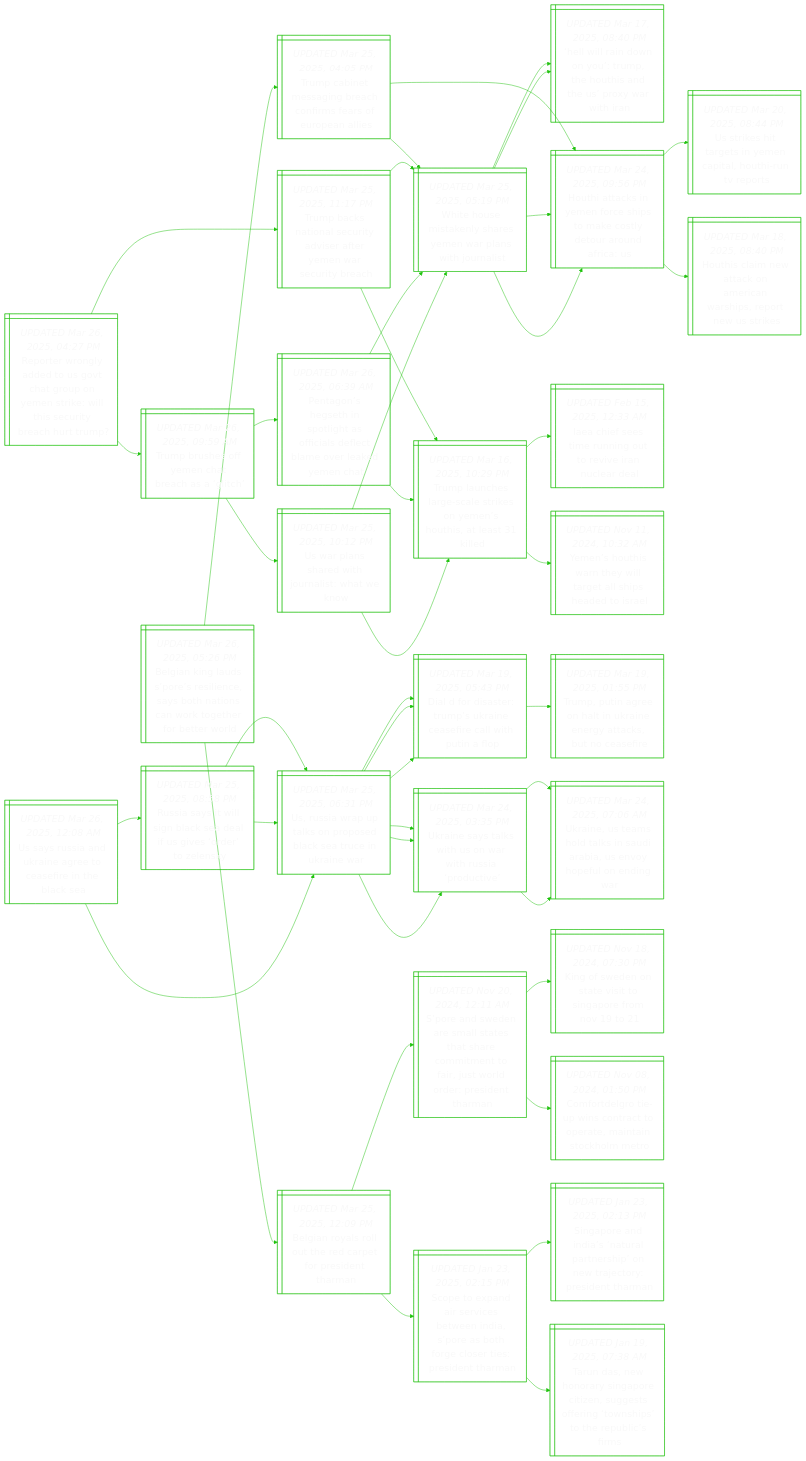
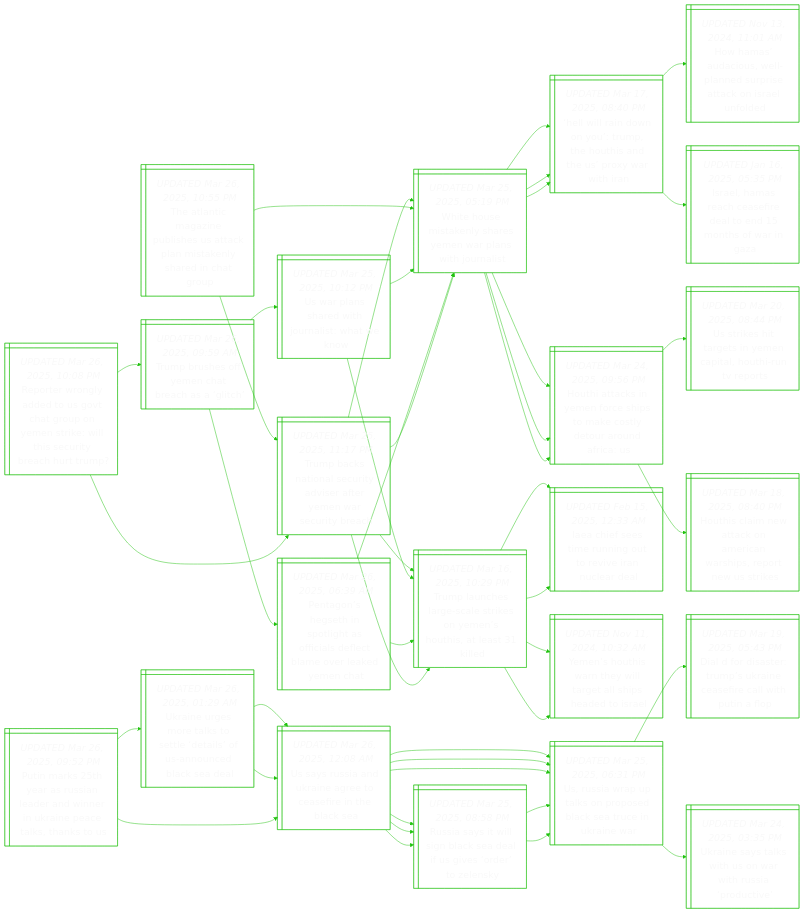
The diagram in README.md (notJmes/notJmes), drawn with Mermaid before and after one commit. The commit also changed other lines of this file, not shown here.

````diff
--- a/README.md
+++ b/README.md
@@ -16,7 +16,53 @@
 flowchart LR
 classDef txtsize font-size:20px;
 
-RtoatoauetWhcyctp@{ shape: win-pane, label: "_UPDATED Mar 26, 2025, 04:27 PM_
+Tlczuhakmksdau@{ shape: win-pane, label: "_UPDATED Mar 26, 2025, 10:55 PM_
+The atlantic magazine publishes us attack plan mistakenly shared in chat group" }
+Tbnncystmrrr@{ shape: win-pane, label: "_UPDATED Mar 25, 2025, 11:17 PM_
+Trump backs national security adviser after yemen war security breach" }
+WHmkssnliui@{ shape: win-pane, label: "_UPDATED Mar 25, 2025, 05:19 PM_
+White house mistakenly shares yemen war plans with journalist" }
+Hiinuposhrah@{ shape: win-pane, label: "_UPDATED Mar 17, 2025, 08:40 PM_
+‘hell will rain down on you’: trump, the houthis and the us’ proxy war with iran" }
+HicYfsteloofU@{ shape: win-pane, label: "_UPDATED Mar 24, 2025, 09:56 PM_
+Houthi attacks in yemen force ships to make costly detour around africa: us" }
+Tlhraroeuasl@{ shape: win-pane, label: "_UPDATED Mar 16, 2025, 10:29 PM_
+Trump launches large-scale strikes on yemen’s houthis, at least 31 killed" }
+IhemnueIur@{ shape: win-pane, label: "_UPDATED Feb 15, 2025, 12:33 AM_
+Iaea chief sees time running out to revive iran nuclear deal" }
+Yshryttheta@{ shape: win-pane, label: "_UPDATED Nov 11, 2024, 10:32 AM_
+Yemen’s houthis warn they will target all ships headed to israel" }
+WHmkssnliui@{ shape: win-pane, label: "_UPDATED Mar 25, 2025, 05:19 PM_
+White house mistakenly shares yemen war plans with journalist" }
+Hiinuposhrah@{ shape: win-pane, label: "_UPDATED Mar 17, 2025, 08:40 PM_
+‘hell will rain down on you’: trump, the houthis and the us’ proxy war with iran" }
+Hmdulnrecsud@{ shape: win-pane, label: "_UPDATED Nov 13, 2024, 11:01 AM_
+How hamas’ audacious, well-planned surprise attack on israel unfolded" }
+Ilshedoooia@{ shape: win-pane, label: "_UPDATED Jan 16, 2025, 05:35 PM_
+Israel, hamas reach ceasefire deal to end 15 months of war in gaza" }
+HicYfsteloofU@{ shape: win-pane, label: "_UPDATED Mar 24, 2025, 09:56 PM_
+Houthi attacks in yemen force ships to make costly detour around africa: us" }
+Uiignntuues@{ shape: win-pane, label: "_UPDATED Mar 20, 2025, 08:44 PM_
+Us strikes hit targets in yemen capital, houthi-run tv reports" }
+Hiiakenhense@{ shape: win-pane, label: "_UPDATED Mar 18, 2025, 08:40 PM_
+Houthis claim new attack on american warships, report new us strikes" }
+
+Tlczuhakmksdau:::txtsize --> Tbnncystmrrr:::txtsize
+Tbnncystmrrr:::txtsize --> WHmkssnliui:::txtsize
+WHmkssnliui:::txtsize --> Hiinuposhrah:::txtsize
+WHmkssnliui:::txtsize --> HicYfsteloofU:::txtsize
+Tbnncystmrrr:::txtsize --> Tlhraroeuasl:::txtsize
+Tlhraroeuasl:::txtsize --> IhemnueIur:::txtsize
+Tlhraroeuasl:::txtsize --> Yshryttheta:::txtsize
+Tlczuhakmksdau:::txtsize --> WHmkssnliui:::txtsize
+WHmkssnliui:::txtsize --> Hiinuposhrah:::txtsize
+Hiinuposhrah:::txtsize --> Hmdulnrecsud:::txtsize
+Hiinuposhrah:::txtsize --> Ilshedoooia:::txtsize
+WHmkssnliui:::txtsize --> HicYfsteloofU:::txtsize
+HicYfsteloofU:::txtsize --> Uiignntuues:::txtsize
+HicYfsteloofU:::txtsize --> Hiiakenhense:::txtsize
+
+RtoatoauetWhcyctp@{ shape: win-pane, label: "_UPDATED Mar 26, 2025, 10:08 PM_
 Reporter wrongly added to us govt chat group on yemen strike: will this security breach hurt trump?" }
 TbeYcrai@{ shape: win-pane, label: "_UPDATED Mar 26, 2025, 09:59 AM_
 Trump brushes off yemen chat breach as a ‘glitch’" }
@@ -62,93 +108,50 @@
 Tlhraroeuasl:::txtsize --> IhemnueIur:::txtsize
 Tlhraroeuasl:::txtsize --> Yshryttheta:::txtsize
 
+Pmtrslriiaeaht@{ shape: win-pane, label: "_UPDATED Mar 26, 2025, 09:52 PM_
+Putin marks 25th year as russian leader and winner in ukraine peace talks, thanks to us" }
+Uneestesanlel@{ shape: win-pane, label: "_UPDATED Mar 26, 2025, 01:29 AM_
+Ukraine urges more talks to settle ‘details’ of us-announced black sea deal" }
+UsiUneeitaa@{ shape: win-pane, label: "_UPDATED Mar 26, 2025, 12:08 AM_
+Us says russia and ukraine agree to ceasefire in the black sea" }
+Usaanolecke@{ shape: win-pane, label: "_UPDATED Mar 25, 2025, 06:31 PM_
+Us, russia wrap up talks on proposed black sea truce in ukraine war" }
+RailBSaSsrly@{ shape: win-pane, label: "_UPDATED Mar 25, 2025, 08:58 PM_
+Russia says it will sign black sea deal if us gives ‘order’ to zelensky" }
+UsiUneeitaa@{ shape: win-pane, label: "_UPDATED Mar 26, 2025, 12:08 AM_
+Us says russia and ukraine agree to ceasefire in the black sea" }
+Usaanolecke@{ shape: win-pane, label: "_UPDATED Mar 25, 2025, 06:31 PM_
+Us, russia wrap up talks on proposed black sea truce in ukraine war" }
+RailBSaSsrly@{ shape: win-pane, label: "_UPDATED Mar 25, 2025, 08:58 PM_
+Russia says it will sign black sea deal if us gives ‘order’ to zelensky" }
 UsiUneeitaa@{ shape: win-pane, label: "_UPDATED Mar 26, 2025, 12:08 AM_
 Us says russia and ukraine agree to ceasefire in the black sea" }
 Usaanolecke@{ shape: win-pane, label: "_UPDATED Mar 25, 2025, 06:31 PM_
 Us, russia wrap up talks on proposed black sea truce in ukraine war" }
 Dfsrpaeilhnp@{ shape: win-pane, label: "_UPDATED Mar 19, 2025, 05:43 PM_
 Dial d for disaster: trump’s ukraine ceasefire call with putin a flop" }
-TPaotreyctar@{ shape: win-pane, label: "_UPDATED Mar 19, 2025, 01:55 PM_
-Trump, putin agree on halt in ukraine energy attacks, but no ceasefire" }
 UnssUahidv@{ shape: win-pane, label: "_UPDATED Mar 24, 2025, 03:35 PM_
 Ukraine says talks with us on war with russia ‘productive’" }
-UneolSAavpoir@{ shape: win-pane, label: "_UPDATED Mar 24, 2025, 07:06 AM_
-Ukraine, us teams hold talks in saudi arabia, us envoy hopeful on ending war" }
-UneolSAavpoir@{ shape: win-pane, label: "_UPDATED Mar 24, 2025, 07:06 AM_
-Ukraine, us teams hold talks in saudi arabia, us envoy hopeful on ending war" }
 RailBSaSsrly@{ shape: win-pane, label: "_UPDATED Mar 25, 2025, 08:58 PM_
 Russia says it will sign black sea deal if us gives ‘order’ to zelensky" }
 Usaanolecke@{ shape: win-pane, label: "_UPDATED Mar 25, 2025, 06:31 PM_
 Us, russia wrap up talks on proposed black sea truce in ukraine war" }
-Dfsrpaeilhnp@{ shape: win-pane, label: "_UPDATED Mar 19, 2025, 05:43 PM_
-Dial d for disaster: trump’s ukraine ceasefire call with putin a flop" }
-UnssUahidv@{ shape: win-pane, label: "_UPDATED Mar 24, 2025, 03:35 PM_
-Ukraine says talks with us on war with russia ‘productive’" }
 Usaanolecke@{ shape: win-pane, label: "_UPDATED Mar 25, 2025, 06:31 PM_
 Us, russia wrap up talks on proposed black sea truce in ukraine war" }
-Dfsrpaeilhnp@{ shape: win-pane, label: "_UPDATED Mar 19, 2025, 05:43 PM_
-Dial d for disaster: trump’s ukraine ceasefire call with putin a flop" }
-UnssUahidv@{ shape: win-pane, label: "_UPDATED Mar 24, 2025, 03:35 PM_
-Ukraine says talks with us on war with russia ‘productive’" }
 
+Pmtrslriiaeaht:::txtsize --> Uneestesanlel:::txtsize
+Uneestesanlel:::txtsize --> UsiUneeitaa:::txtsize
+UsiUneeitaa:::txtsize --> Usaanolecke:::txtsize
+UsiUneeitaa:::txtsize --> RailBSaSsrly:::txtsize
+Uneestesanlel:::txtsize --> UsiUneeitaa:::txtsize
+UsiUneeitaa:::txtsize --> Usaanolecke:::txtsize
+UsiUneeitaa:::txtsize --> RailBSaSsrly:::txtsize
+Pmtrslriiaeaht:::txtsize --> UsiUneeitaa:::txtsize
 UsiUneeitaa:::txtsize --> Usaanolecke:::txtsize
 Usaanolecke:::txtsize --> Dfsrpaeilhnp:::txtsize
-Dfsrpaeilhnp:::txtsize --> TPaotreyctar:::txtsize
 Usaanolecke:::txtsize --> UnssUahidv:::txtsize
-UnssUahidv:::txtsize --> UneolSAavpoir:::txtsize
-UnssUahidv:::txtsize --> UneolSAavpoir:::txtsize
 UsiUneeitaa:::txtsize --> RailBSaSsrly:::txtsize
 RailBSaSsrly:::txtsize --> Usaanolecke:::txtsize
-Usaanolecke:::txtsize --> Dfsrpaeilhnp:::txtsize
-Usaanolecke:::txtsize --> UnssUahidv:::txtsize
 RailBSaSsrly:::txtsize --> Usaanolecke:::txtsize
-Usaanolecke:::txtsize --> Dfsrpaeilhnp:::txtsize
-Usaanolecke:::txtsize --> UnssUahidv:::txtsize
-
-Bagseicsnnwoebrd@{ shape: win-pane, label: "_UPDATED Mar 26, 2025, 05:26 PM_
-Belgian king lauds s’pore’s resilience, says both nations can work together for better world" }
-BaaltdePdhn@{ shape: win-pane, label: "_UPDATED Mar 25, 2025, 12:09 PM_
-Belgian royals roll out the red carpet for president tharman" }
-Saerltarmnaslestm@{ shape: win-pane, label: "_UPDATED Nov 20, 2024, 12:11 AM_
-S’pore and sweden are small states that share commitment to fair, just world order: president tharman" }
-Kfetioafo@{ shape: win-pane, label: "_UPDATED Nov 18, 2024, 07:30 PM_
-King of sweden on state visit to singapore from nov 19 to 21" }
-CrGenttraicmo@{ shape: win-pane, label: "_UPDATED Nov 08, 2024, 01:50 PM_
-Comfortdelgro tie-up wins contract to operate, maintain stockholm metro" }
-Starienaetgsestm@{ shape: win-pane, label: "_UPDATED Jan 23, 2025, 02:15 PM_
-Scope to expand air services between india, s’pore as both forge closer ties: president tharman" }
-SpnitpepweyiTa@{ shape: win-pane, label: "_UPDATED Jan 23, 2025, 02:13 PM_
-Singapore and india’s ‘natural partnership’ on new trajectory: president tharman" }
-TDwriotssfgstRli@{ shape: win-pane, label: "_UPDATED Jan 19, 2025, 07:38 AM_
-Tarun das, new honorary singapore citizen, suggests offering ‘townships’ to the republic’s firms" }
-TCesgcffooas@{ shape: win-pane, label: "_UPDATED Mar 25, 2025, 04:05 PM_
-Trump cabinet messaging breach confirms fears of european allies" }
-WHmkssnliui@{ shape: win-pane, label: "_UPDATED Mar 25, 2025, 05:19 PM_
-White house mistakenly shares yemen war plans with journalist" }
-Hiinuposhrah@{ shape: win-pane, label: "_UPDATED Mar 17, 2025, 08:40 PM_
-‘hell will rain down on you’: trump, the houthis and the us’ proxy war with iran" }
-HicYfsteloofU@{ shape: win-pane, label: "_UPDATED Mar 24, 2025, 09:56 PM_
-Houthi attacks in yemen force ships to make costly detour around africa: us" }
-HicYfsteloofU@{ shape: win-pane, label: "_UPDATED Mar 24, 2025, 09:56 PM_
-Houthi attacks in yemen force ships to make costly detour around africa: us" }
-Uiignntuues@{ shape: win-pane, label: "_UPDATED Mar 20, 2025, 08:44 PM_
-Us strikes hit targets in yemen capital, houthi-run tv reports" }
-Hiiakenhense@{ shape: win-pane, label: "_UPDATED Mar 18, 2025, 08:40 PM_
-Houthis claim new attack on american warships, report new us strikes" }
-
-Bagseicsnnwoebrd:::txtsize --> BaaltdePdhn:::txtsize
-BaaltdePdhn:::txtsize --> Saerltarmnaslestm:::txtsize
-Saerltarmnaslestm:::txtsize --> Kfetioafo:::txtsize
-Saerltarmnaslestm:::txtsize --> CrGenttraicmo:::txtsize
-BaaltdePdhn:::txtsize --> Starienaetgsestm:::txtsize
-Starienaetgsestm:::txtsize --> SpnitpepweyiTa:::txtsize
-Starienaetgsestm:::txtsize --> TDwriotssfgstRli:::txtsize
-Bagseicsnnwoebrd:::txtsize --> TCesgcffooas:::txtsize
-TCesgcffooas:::txtsize --> WHmkssnliui:::txtsize
-WHmkssnliui:::txtsize --> Hiinuposhrah:::txtsize
-WHmkssnliui:::txtsize --> HicYfsteloofU:::txtsize
-TCesgcffooas:::txtsize --> HicYfsteloofU:::txtsize
-HicYfsteloofU:::txtsize --> Uiignntuues:::txtsize
-HicYfsteloofU:::txtsize --> Hiiakenhense:::txtsize
 
 ```
````
